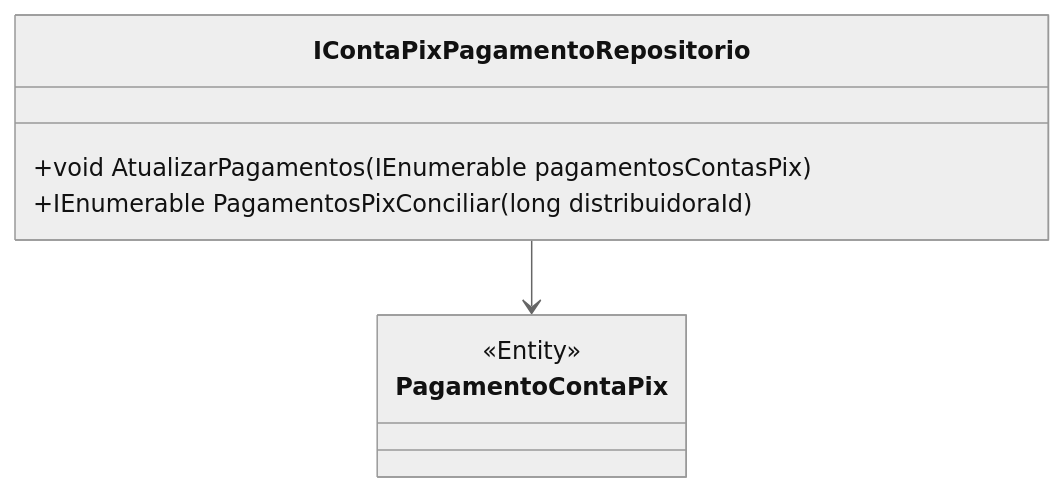
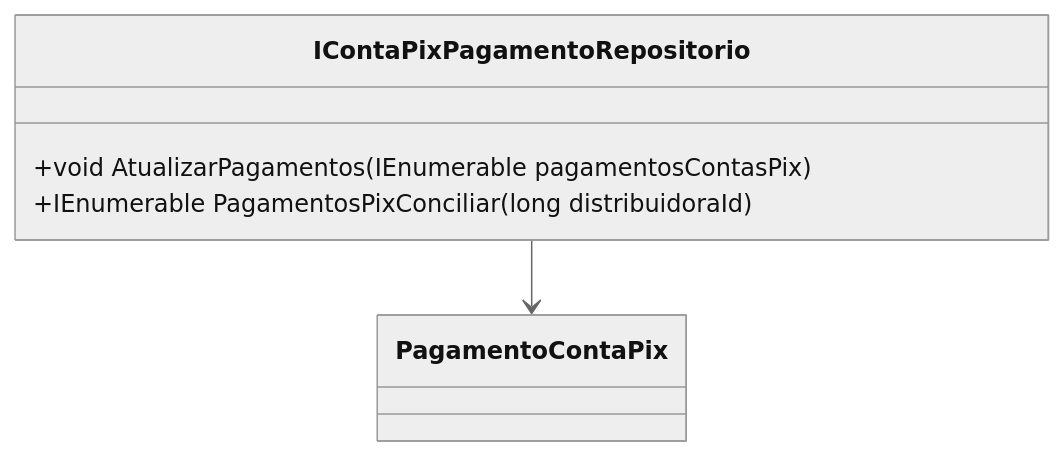
Before and after one commit to IsthmusSistemas/documentacao-tecnica: the diagram in docs/b2b-dominio/IsthmusWinthor.Nucleo/IsthmusWinthor.Dominio/Interfaces/IContaPixPagamentoRepositorio.md, drawn with Mermaid (neutral theme). The commit also changed other lines of this file and 882 other files, not shown here.

````diff
--- a/docs/b2b-dominio/IsthmusWinthor.Nucleo/IsthmusWinthor.Dominio/Interfaces/IContaPixPagamentoRepositorio.md
+++ b/docs/b2b-dominio/IsthmusWinthor.Nucleo/IsthmusWinthor.Dominio/Interfaces/IContaPixPagamentoRepositorio.md
@@ -33,13 +39,11 @@
 ```mermaid
 classDiagram
     class IContaPixPagamentoRepositorio {
-        +void AtualizarPagamentos(IEnumerable<PagamentoContaPix> pagamentosContasPix)
-        +IEnumerable<PagamentoContaPix> PagamentosPixConciliar(long distribuidoraId)
+      +void AtualizarPagamentos(IEnumerable<PagamentoContaPix> pagamentosContasPix)
+      +IEnumerable<PagamentoContaPix> PagamentosPixConciliar(long distribuidoraId)
     }
 
-    class PagamentoContaPix {
-        <<Entity>>
-    }
+    class PagamentoContaPix
 
     IContaPixPagamentoRepositorio --> PagamentoContaPix
 ```
````
